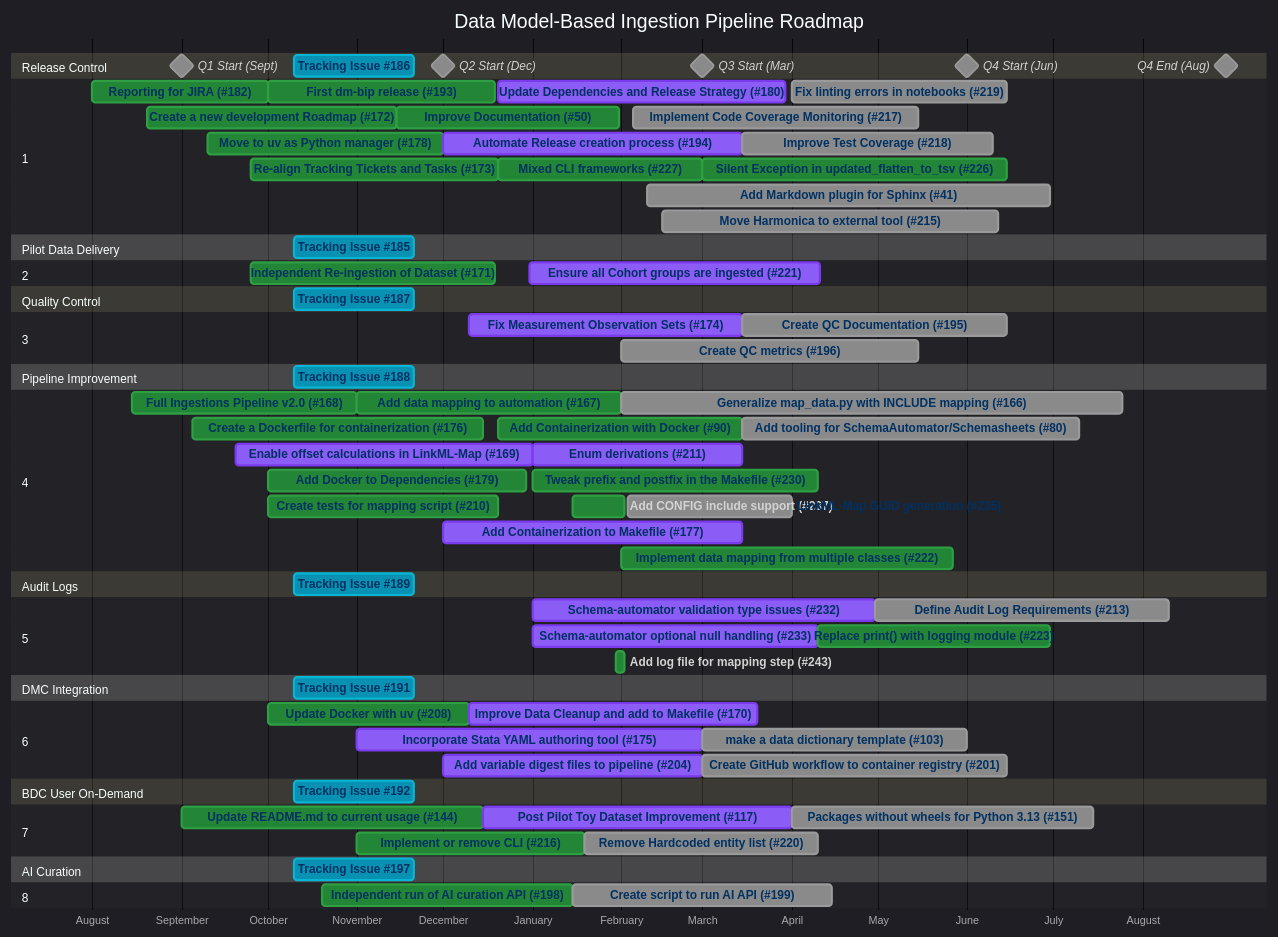
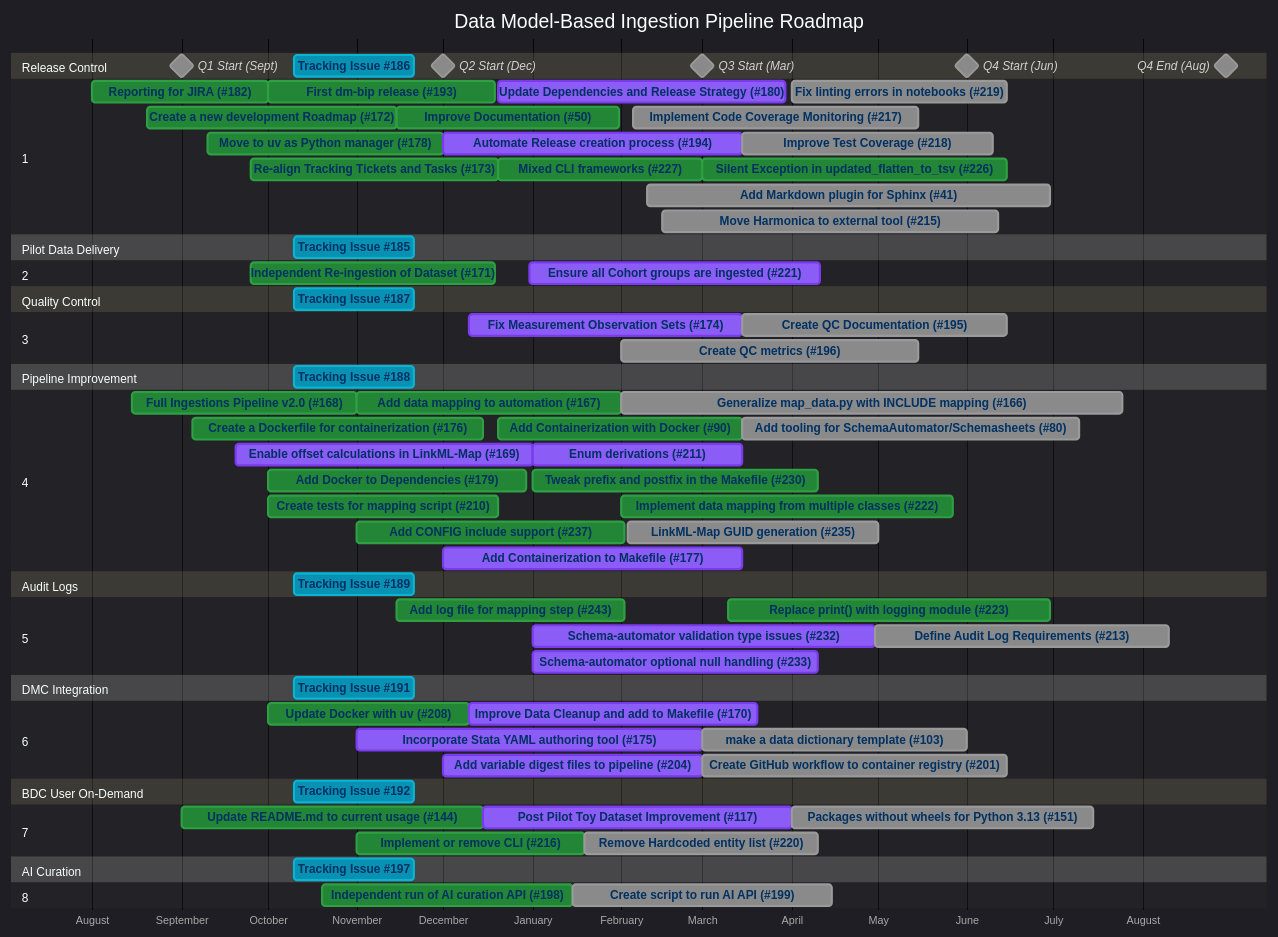
The diagram in DEVELOPMENT.md (linkml/dm-bip), drawn with Mermaid before and after one commit.

Commit message:
Extend duration of quick-closed issues for GANTT display

```diff
--- a/DEVELOPMENT.md
+++ b/DEVELOPMENT.md
@@ -82,16 +82,16 @@
     Add Containerization with Docker (#90)              :done, i90, 2025-12-20, 2026-03-15
     Implement data mapping from multiple classes (#222) :done, i222, 2026-02-01, 2026-05-27
     Tweak prefix and postfix in the Makefile (#230)     :done, i230, 2026-01-01, 2026-04-10
-    Add CONFIG include support (#237)                   :done, i237, 2026-01-15, 2026-02-02
-    LinkML-Map GUID generation (#235)                   :i235, 2026-02-03, 2026-04-01
+    Add CONFIG include support (#237)                   :done, i237, 2025-11-01, 2026-02-02
+    LinkML-Map GUID generation (#235)                   :i235, 2026-02-03, 2026-05-01
 
     section Audit Logs
     Tracking Issue #189                     :crit, t189, 2025-10-10, 6w
 
     section 5 
     Define Audit Log Requirements (#213)               :i213, 2026-04-30, 2026-08-10
-    Replace print() with logging module (#223)         :done, i223, 2026-04-10, 2026-06-30
-    Add log file for mapping step (#243)               :done, i243, 2026-01-30, 2026-02-02
+    Replace print() with logging module (#223)         :done, i223, 2026-03-10, 2026-06-30
+    Add log file for mapping step (#243)               :done, i243, 2025-11-15, 2026-02-02
     Schema-automator validation type issues (#232)     :active, i232, 2026-01-01, 2026-04-30
     Schema-automator optional null handling (#233)     :active, i233, 2026-01-01, 2026-04-10
 
```
